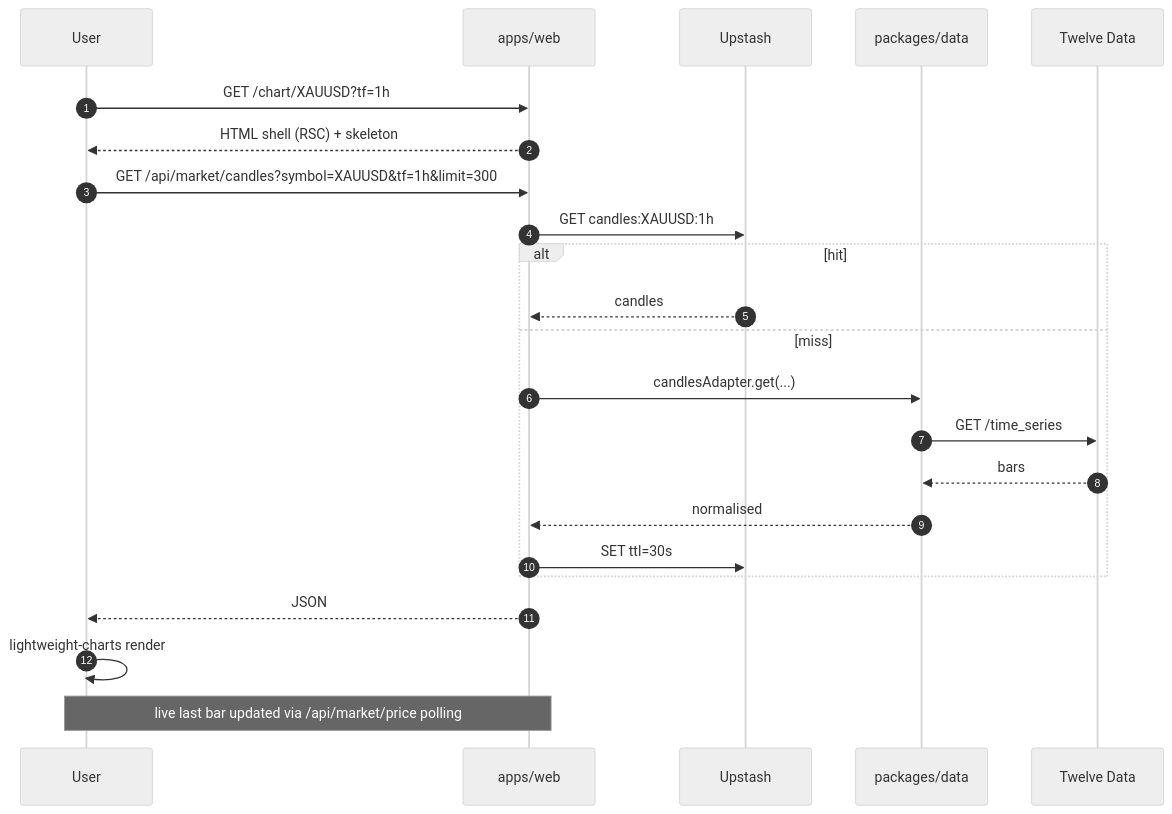
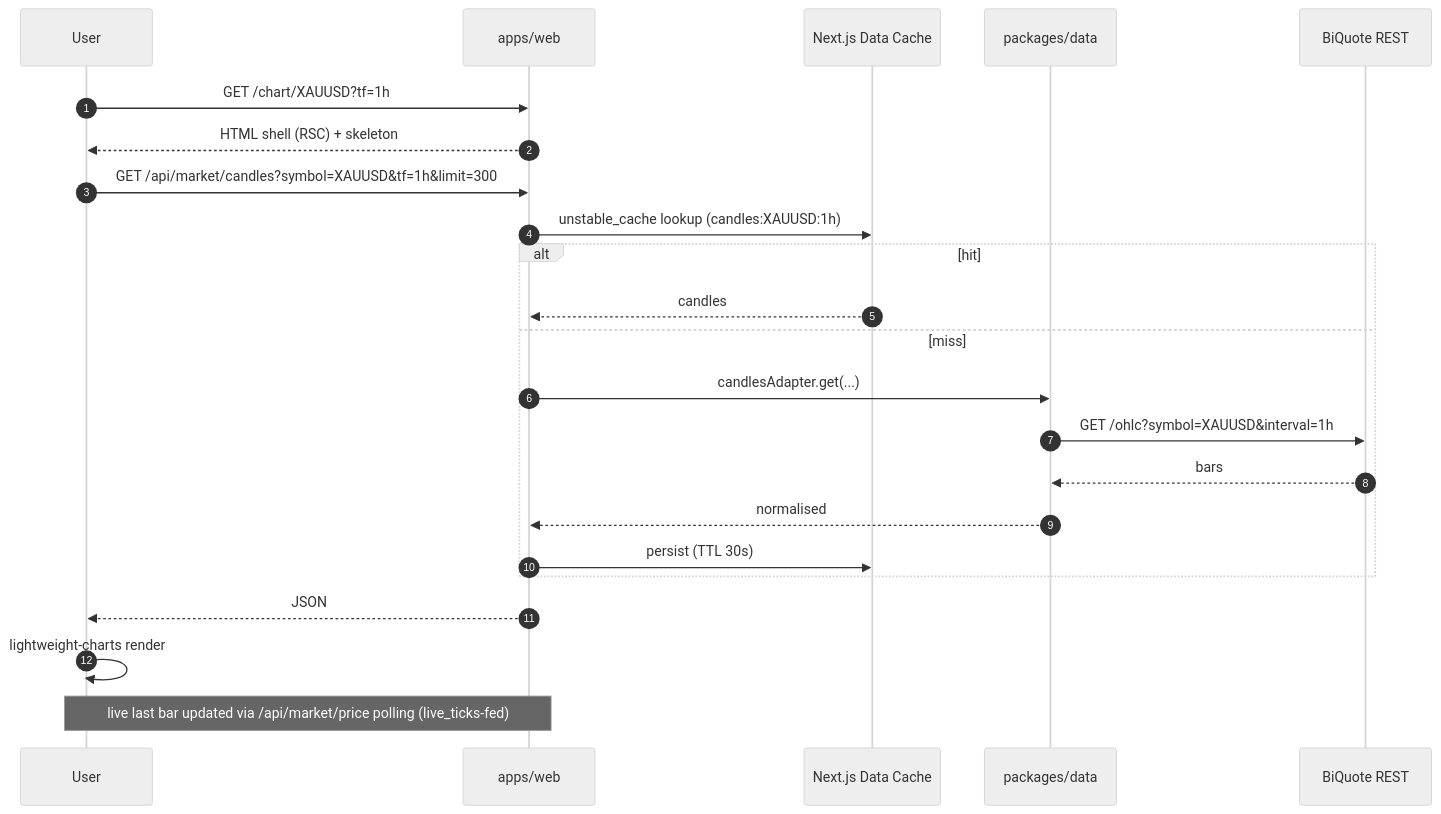
The seventh of 11 diagrams in docs/13-data-flow.md (HamaFx/Kestrel), drawn with Mermaid (neutral theme) before and after one commit. The commit also changed other lines of this file and 16 other files, not shown here.

````diff
--- a/docs/13-data-flow.md
+++ b/docs/13-data-flow.md
@@ -153,27 +190,27 @@
 ```mermaid
 sequenceDiagram
     autonumber
     participant U as User
     participant W as apps/web
-    participant R as Upstash
+    participant C as Next.js Data Cache
     participant DA as packages/data
-    participant TD as Twelve Data
+    participant BQ as BiQuote REST
 
     U->>W: GET /chart/XAUUSD?tf=1h
     W-->>U: HTML shell (RSC) + skeleton
     U->>W: GET /api/market/candles?symbol=XAUUSD&tf=1h&limit=300
-    W->>R: GET candles:XAUUSD:1h
+    W->>C: unstable_cache lookup (candles:XAUUSD:1h)
     alt hit
-      R-->>W: candles
+      C-->>W: candles
     else miss
       W->>DA: candlesAdapter.get(...)
-      DA->>TD: GET /time_series
-      TD-->>DA: bars
+      DA->>BQ: GET /ohlc?symbol=XAUUSD&interval=1h
+      BQ-->>DA: bars
       DA-->>W: normalised
-      W->>R: SET ttl=30s
+      W->>C: persist (TTL 30s)
     end
     W-->>U: JSON
     U->>U: lightweight-charts render
 
-    Note over U,W: live last bar updated via /api/market/price polling
+    Note over U,W: live last bar updated via /api/market/price polling (live_ticks-fed)
 ```
````
